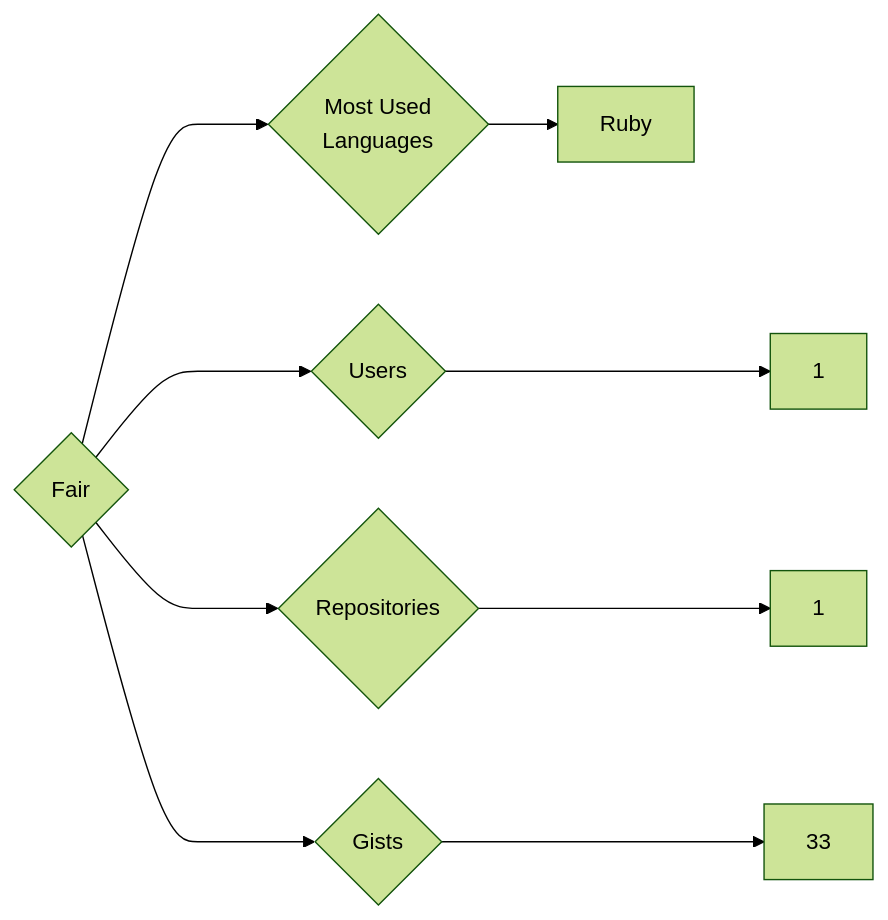
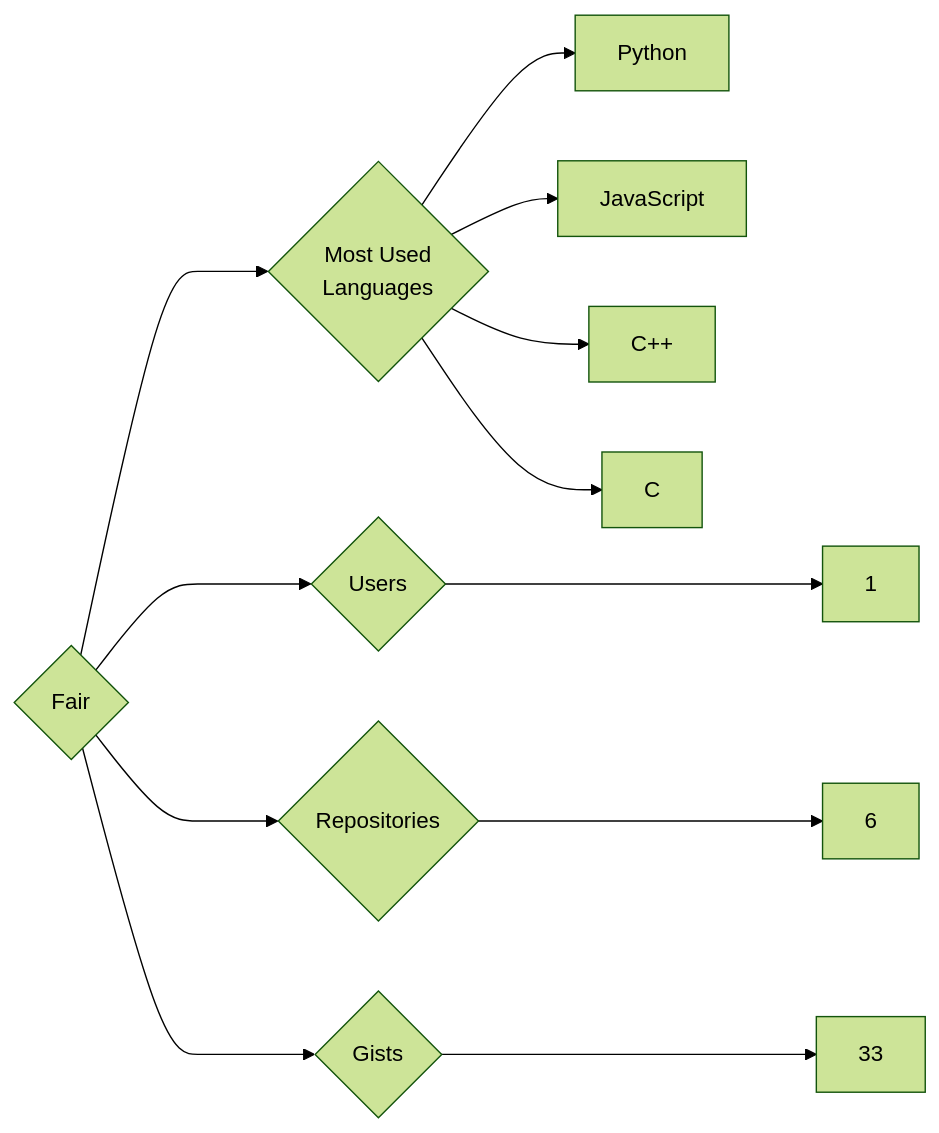
The diagram in targets/Fair/README.md (trickest/insiders), drawn with Mermaid (forest theme) before and after one commit. The commit also changed 899 other files, not shown here.

````diff
--- a/targets/Fair/README.md
+++ b/targets/Fair/README.md
@@ -3,9 +3,12 @@
 ```mermaid
 graph LR
 COMPANY_NAME{Fair}
 COMPANY_NAME ---> U{Users} ---> UN[1]
-COMPANY_NAME ---> R{Repositories} ---> RN[1]
+COMPANY_NAME ---> R{Repositories} ---> RN[6]
 COMPANY_NAME ---> G{Gists} ---> GN[33]
 COMPANY_NAME ---> ML{Most Used<br>Languages}
-ML --> Ruby[Ruby]
+ML --> Python[Python]
+ML --> JavaScript[JavaScript]
+ML --> C++[C++]
+ML --> C[C]
 ```
````
